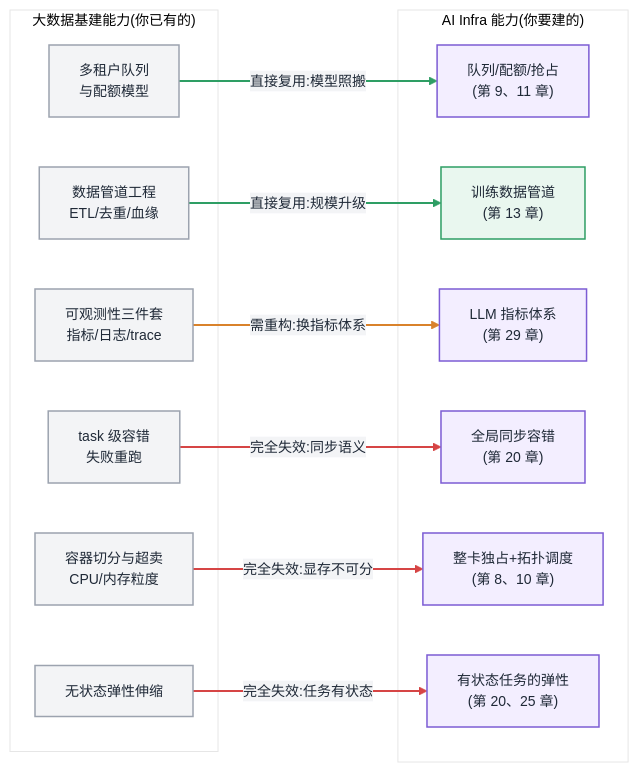
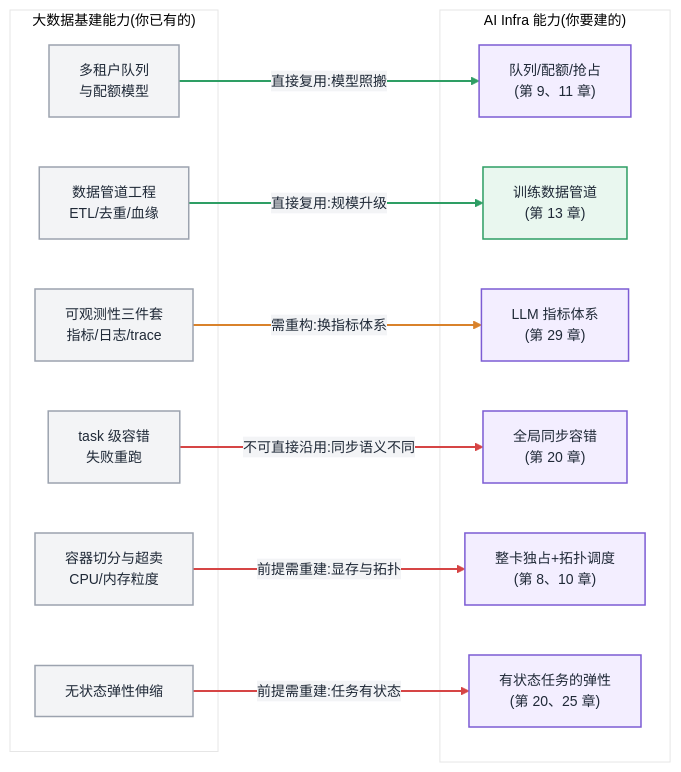
One commit to cdavid817/AI-Infra changed the first of 2 diagrams in 第一部分-基础与心智模型/第01章-从大数据基础设施到AI基础设施.md. Above: the diagram before and after it, drawn with Mermaid. The commit also changed other lines of this file and 55 other files, not shown here.

````diff
--- a/第一部分-基础与心智模型/第01章-从大数据基础设施到AI基础设施.md
+++ b/第一部分-基础与心智模型/第01章-从大数据基础设施到AI基础设施.md
@@ -155,44 +155,44 @@
 ```mermaid
 %%{init: {'theme':'base','themeVariables':{
   'primaryColor':'#EEF4FF','primaryBorderColor':'#3B6FD4','primaryTextColor':'#1F2937',
   'secondaryColor':'#F3F4F6','tertiaryColor':'#FFFFFF',
   'lineColor':'#6B7280','fontFamily':'-apple-system, Segoe UI, Helvetica, Arial, sans-serif','fontSize':'14px'
 }}}%%
 flowchart LR
   classDef legacy fill:#F3F4F6,stroke:#9CA3AF,stroke-width:1.5px,color:#1F2937
   classDef sched fill:#F3EEFF,stroke:#7C5CD4,stroke-width:1.5px,color:#1F2937
   classDef data fill:#E9F7EF,stroke:#2E9E64,stroke-width:1.5px,color:#1F2937
   classDef fail fill:#FDECEC,stroke:#D64545,stroke-width:1.5px,color:#1F2937
 
   subgraph BD["大数据基建能力(你已有的)"]
     B1["多租户队列<br/>与配额模型"]:::legacy
     B2["数据管道工程<br/>ETL/去重/血缘"]:::legacy
     B3["可观测性三件套<br/>指标/日志/trace"]:::legacy
     B4["task 级容错<br/>失败重跑"]:::legacy
     B5["容器切分与超卖<br/>CPU/内存粒度"]:::legacy
     B6["无状态弹性伸缩"]:::legacy
   end
 
   subgraph AI["AI Infra 能力(你要建的)"]
     A1["队列/配额/抢占<br/>(第 9、11 章)"]:::sched
     A2["训练数据管道<br/>(第 13 章)"]:::data
     A3["LLM 指标体系<br/>(第 29 章)"]:::sched
     A4["全局同步容错<br/>(第 20 章)"]:::sched
     A5["整卡独占+拓扑调度<br/>(第 8、10 章)"]:::sched
     A6["有状态任务的弹性<br/>(第 20、25 章)"]:::sched
   end
 
   B1 -- "直接复用:模型照搬" --> A1
   B2 -- "直接复用:规模升级" --> A2
   B3 -- "需重构:换指标体系" --> A3
-  B4 -- "完全失效:同步语义" --> A4
-  B5 -- "完全失效:显存不可分" --> A5
-  B6 -- "完全失效:任务有状态" --> A6
+  B4 -- "不可直接沿用:同步语义不同" --> A4
+  B5 -- "前提需重建:显存与拓扑" --> A5
+  B6 -- "前提需重建:任务有状态" --> A6
 
   linkStyle 0 stroke:#2E9E64,stroke-width:2px
   linkStyle 1 stroke:#2E9E64,stroke-width:2px
   linkStyle 2 stroke:#D9822B,stroke-width:2px
   linkStyle 3 stroke:#D64545,stroke-width:2px
   linkStyle 4 stroke:#D64545,stroke-width:2px
   linkStyle 5 stroke:#D64545,stroke-width:2px
 ```
````
